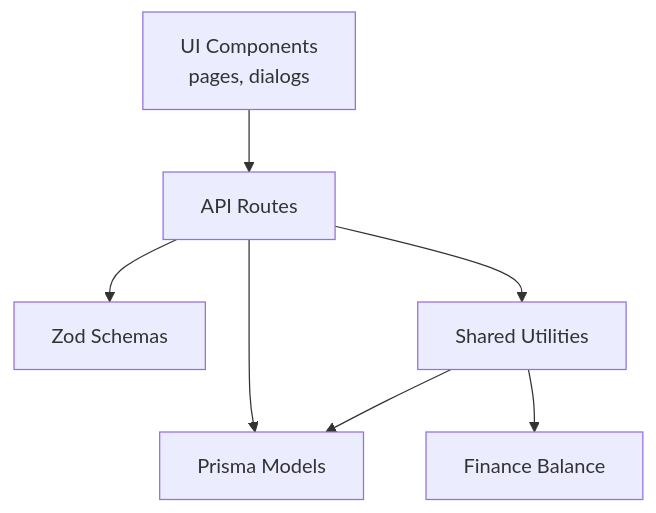
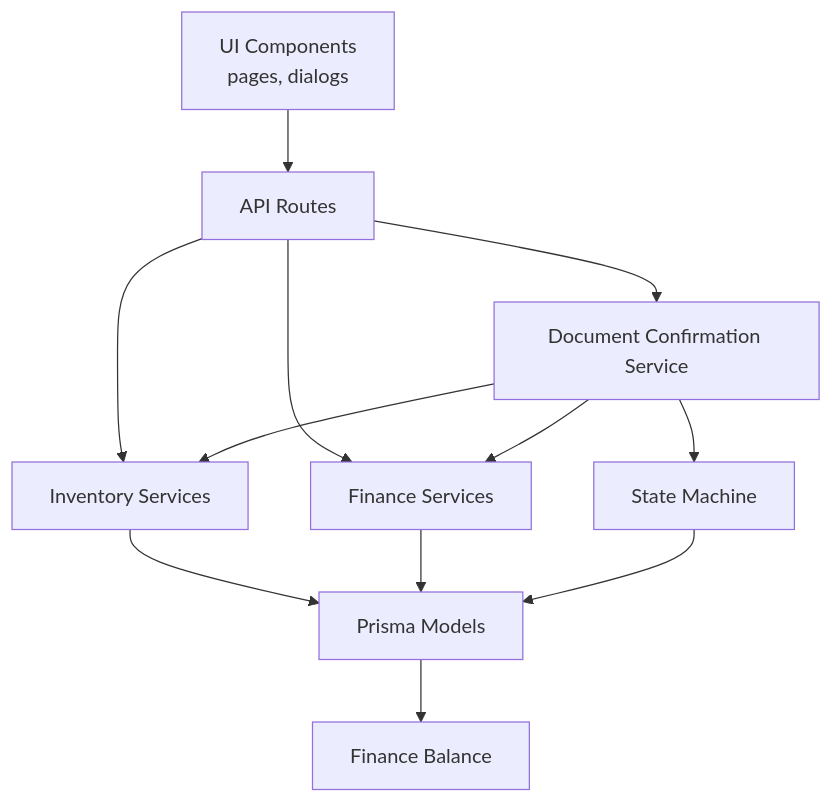
One commit to nzey11/erp-new changed the tenth of 10 diagrams in .qoder/repowiki/en/content/Accounting Module/Accounting Module.md. Above: the diagram before and after it, drawn with Mermaid. The commit also changed other lines of this file and 6 other files, not shown here.

````diff
--- a/.qoder/repowiki/en/content/Accounting Module/Accounting Module.md
+++ b/.qoder/repowiki/en/content/Accounting Module/Accounting Module.md
@@ -329,9 +462,14 @@
 ```mermaid
 graph TB
 UI["UI Components<br/>pages, dialogs"] --> API["API Routes"]
-API --> SCHEMA["Zod Schemas"]
-API --> UTIL["Shared Utilities"]
-UTIL --> PRISMA["Prisma Models"]
-API --> PRISMA
-UTIL --> FIN["Finance Balance"]
+API --> CONFIRM["Document Confirmation Service"]
+API --> INVENTORY["Inventory Services"]
+API --> FINANCE["Finance Services"]
+CONFIRM --> STATES["State Machine"]
+CONFIRM --> INVENTORY
+CONFIRM --> FINANCE
+INVENTORY --> DB["Prisma Models"]
+FINANCE --> DB
+STATES --> DB
+DB --> FIN["Finance Balance"]
 ```
````
